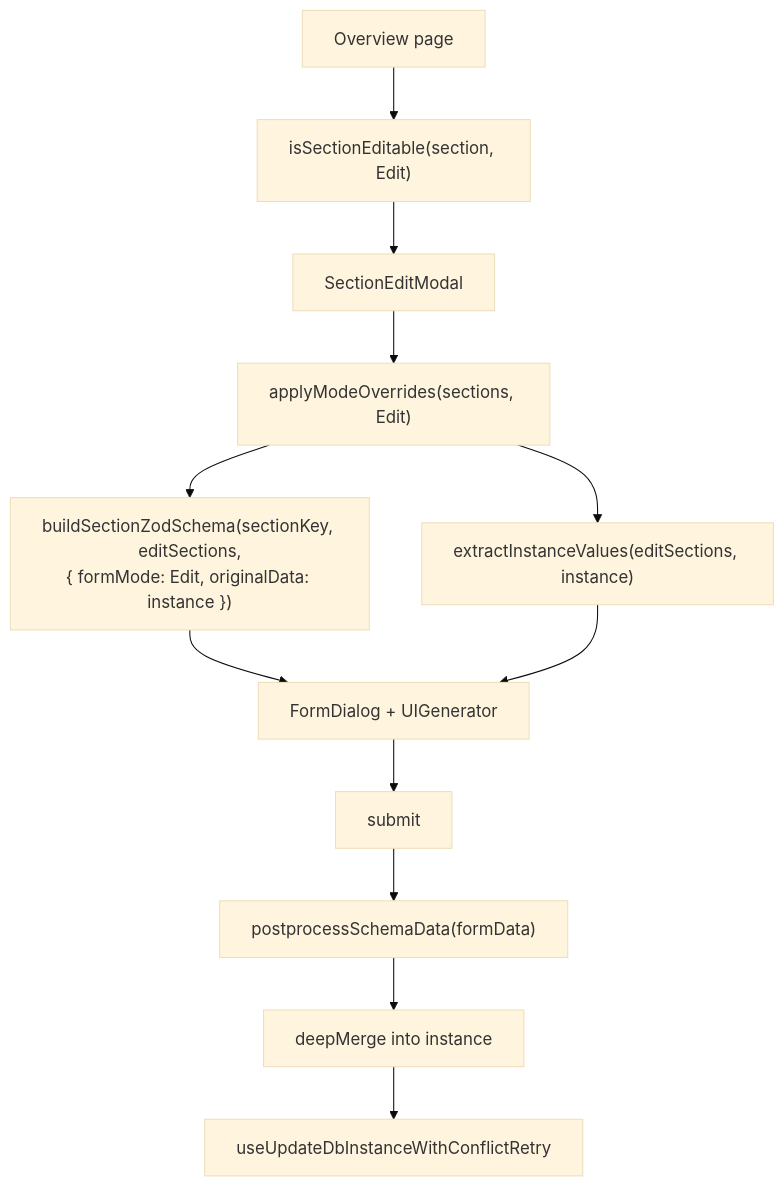
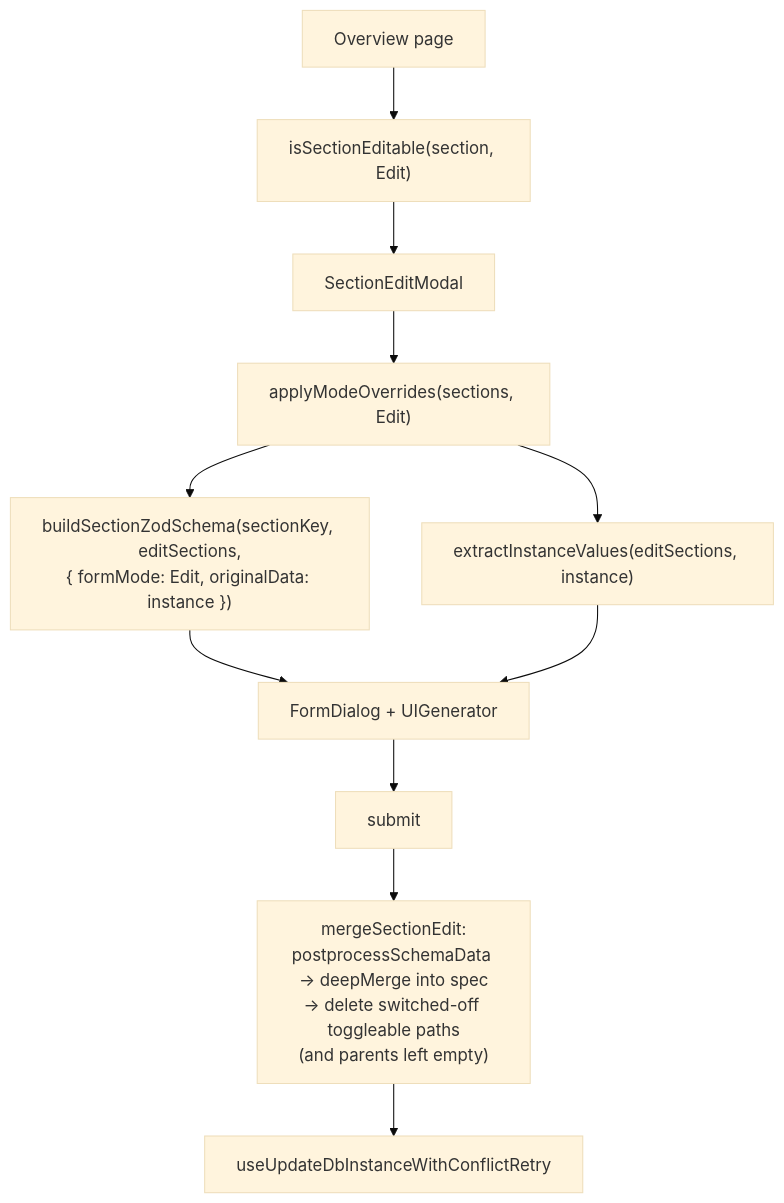
The third of 3 diagrams in docs/ui/architecture/ui-generator/pipeline.md (AdityaPimpalkar/openeverest), drawn with Mermaid (base theme) before and after one commit. The commit also changed other lines of this file and 51 other files, not shown here.

````diff
--- a/docs/ui/architecture/ui-generator/pipeline.md
+++ b/docs/ui/architecture/ui-generator/pipeline.md
@@ -131,14 +151,13 @@
 ```mermaid
 flowchart TD
   OVERVIEW["Overview page"] --> EDITABLE["isSectionEditable(section, Edit)"]
   EDITABLE --> MODAL["SectionEditModal"]
   MODAL --> MODE["applyModeOverrides(sections, Edit)"]
   MODE --> ZOD_EDIT["buildSectionZodSchema(sectionKey, editSections,<br/>{ formMode: Edit, originalData: instance })"]
   MODE --> VALUES["extractInstanceValues(editSections, instance)"]
   ZOD_EDIT --> FORM["FormDialog + UIGenerator"]
   VALUES --> FORM
   FORM --> SUBMIT["submit"]
-  SUBMIT --> POST_EDIT["postprocessSchemaData(formData)"]
-  POST_EDIT --> MERGE["deepMerge into instance"]
+  SUBMIT --> MERGE["mergeSectionEdit:<br/>postprocessSchemaData → deepMerge into spec<br/>→ delete switched-off toggleable paths<br/>(and parents left empty)"]
   MERGE --> UPDATE["useUpdateDbInstanceWithConflictRetry"]
 ```
````
